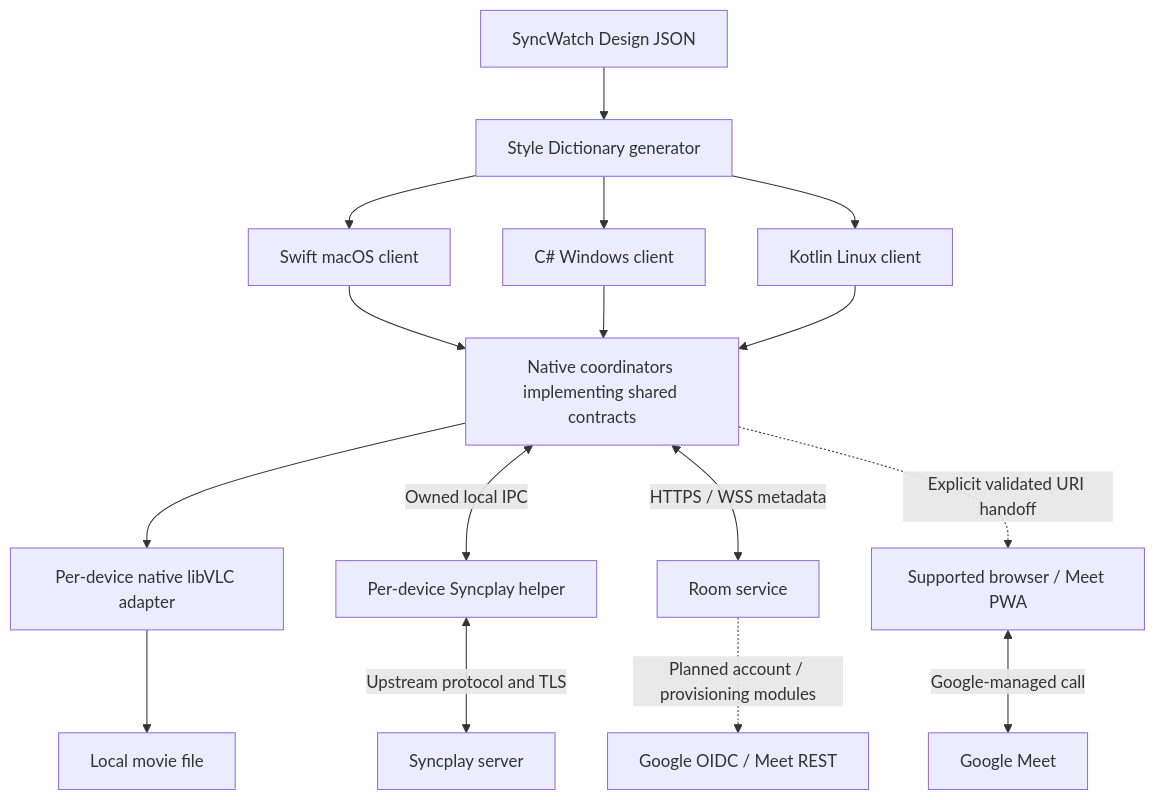
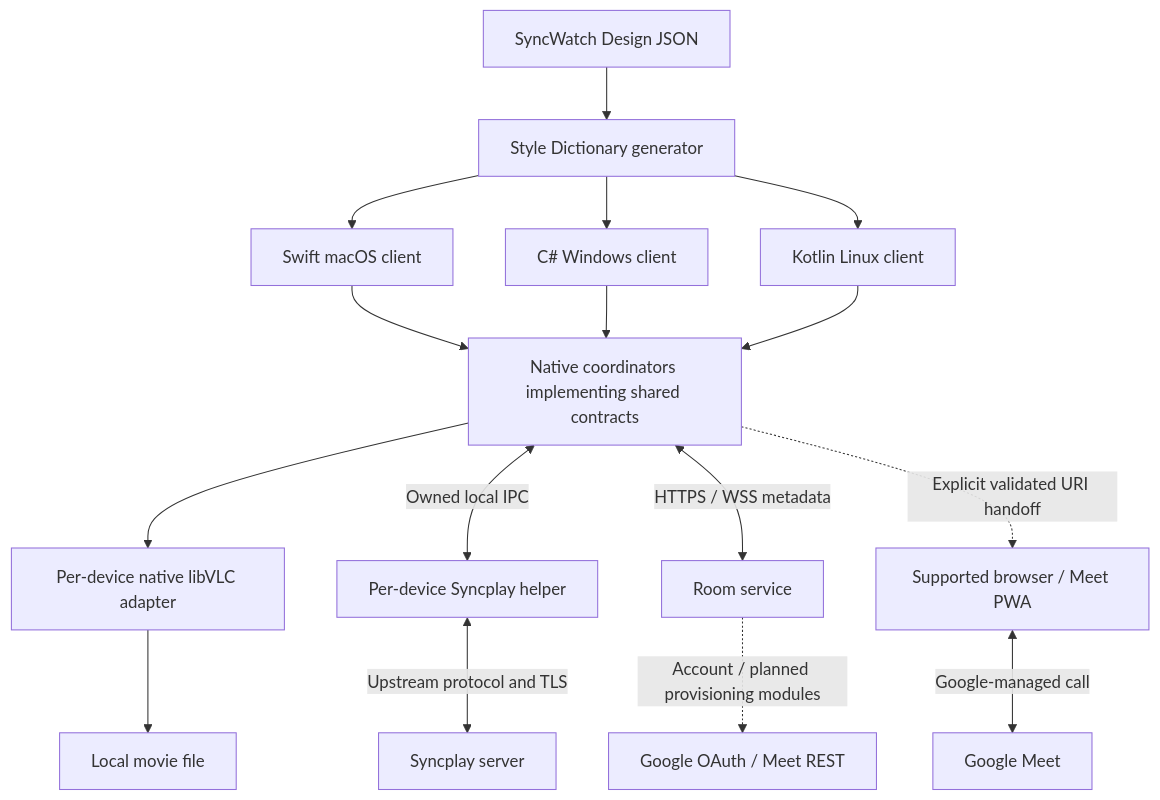
Before and after one commit to salo-group/syncwatch: the first of 2 diagrams in docs/architecture/README.md, drawn with Mermaid. The commit also changed other lines of this file and 25 other files, not shown here.

Commit message:
Add shared Google account controls to all three desktops

````diff
--- a/docs/architecture/README.md
+++ b/docs/architecture/README.md
@@ -25,18 +25,18 @@
 ```mermaid
 flowchart TB
     D[SyncWatch Design JSON] --> G[Style Dictionary generator]
     G --> A[Swift macOS client]
     G --> W[C# Windows client]
     G --> L[Kotlin Linux client]
     A --> C[Native coordinators implementing shared contracts]
     W --> C
     L --> C
     C --> V[Per-device native libVLC adapter]
     V --> F[Local movie file]
     C <-->|Owned local IPC| S[Per-device Syncplay helper]
     S <-->|Upstream protocol and TLS| SS[Syncplay server]
     C <-->|HTTPS / WSS metadata| R[Room service]
     C -. Explicit validated URI handoff .-> H[Supported browser / Meet PWA]
     H <-->|Google-managed call| M[Google Meet]
-    R -. Planned account / provisioning modules .-> API[Google OIDC / Meet REST]
+    R -. Account / planned provisioning modules .-> API[Google OAuth / Meet REST]
 ```
````
